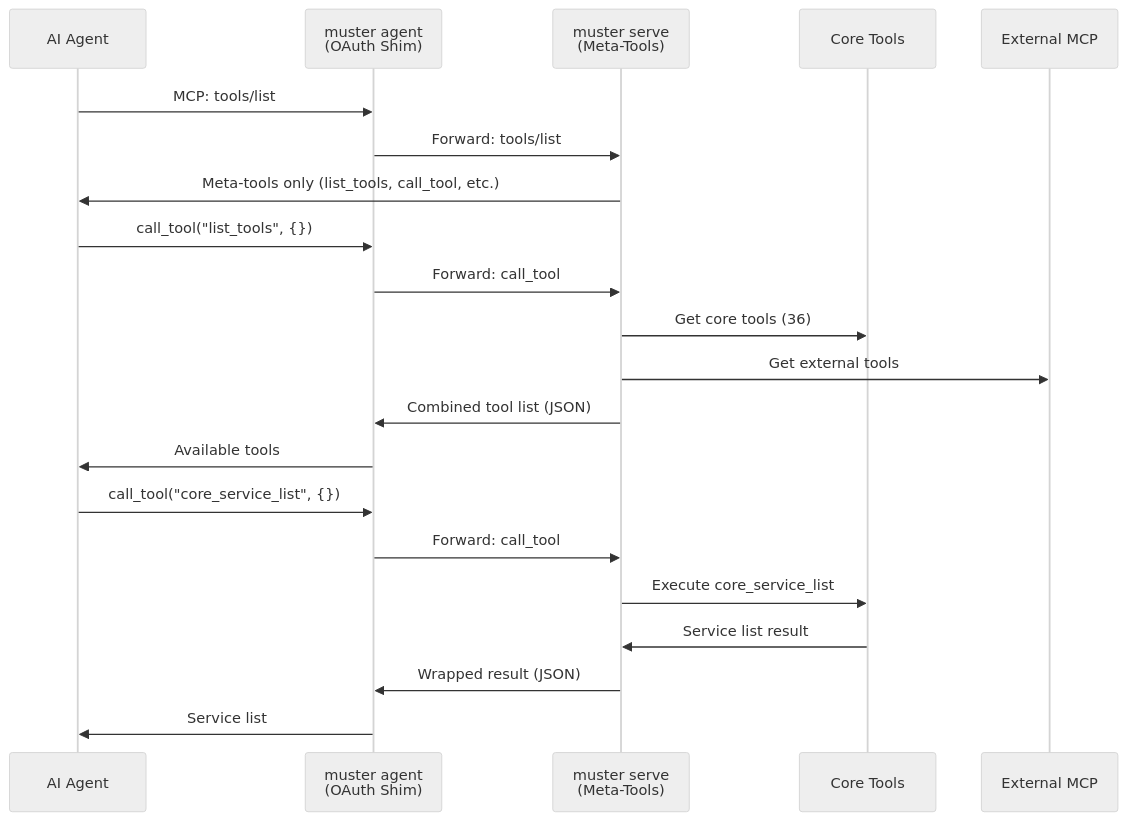
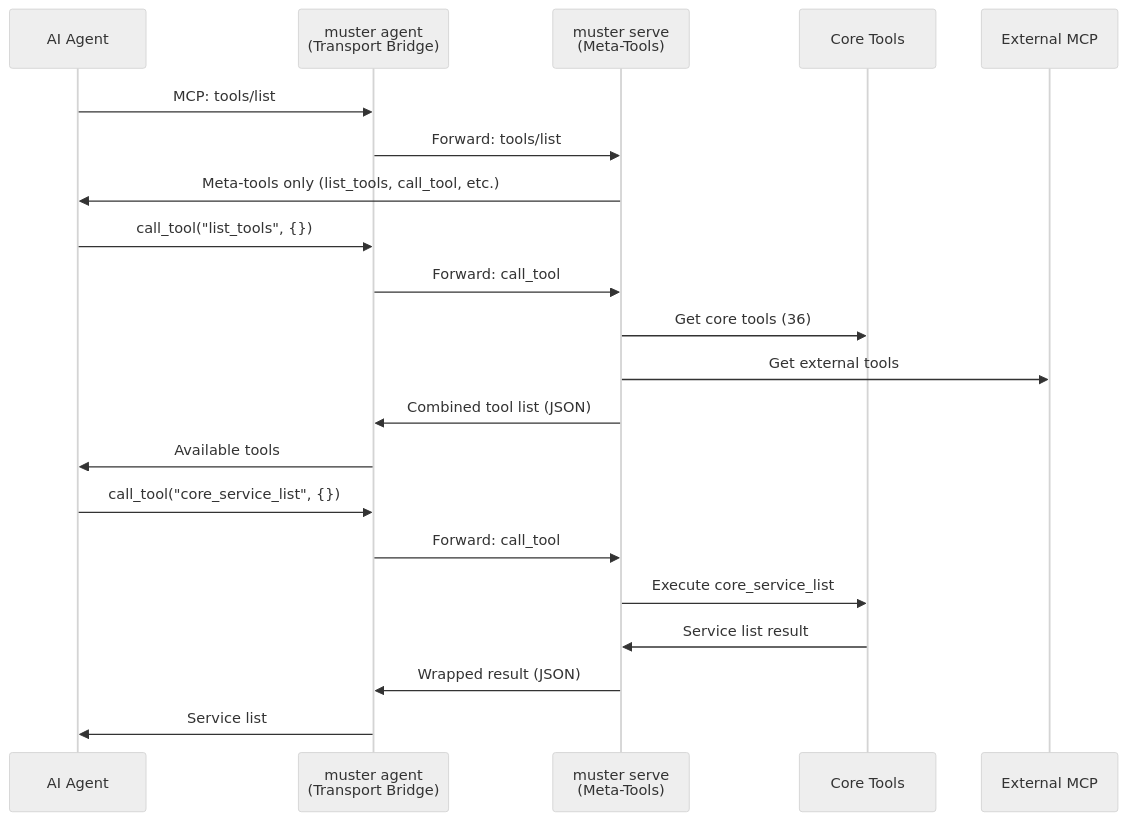
One commit to giantswarm/muster changed the second of 5 diagrams in docs/explanation/architecture.md. Above: the diagram before and after it, drawn with Mermaid (neutral theme). The commit also changed other lines of this file and 4 other files, not shown here.

````diff
--- a/docs/explanation/architecture.md
+++ b/docs/explanation/architecture.md
@@ -114,26 +114,26 @@
 ```mermaid
 sequenceDiagram
     participant AI as AI Agent
-    participant Agent as muster agent<br/>(OAuth Shim)
+    participant Agent as muster agent<br/>(Transport Bridge)
     participant Server as muster serve<br/>(Meta-Tools)
     participant Core as Core Tools
     participant Ext as External MCP
 
     AI->>Agent: MCP: tools/list
     Agent->>Server: Forward: tools/list
     Server->>AI: Meta-tools only (list_tools, call_tool, etc.)
 
     AI->>Agent: call_tool("list_tools", {})
     Agent->>Server: Forward: call_tool
     Server->>Core: Get core tools (36)
     Server->>Ext: Get external tools
     Server->>Agent: Combined tool list (JSON)
     Agent->>AI: Available tools
 
     AI->>Agent: call_tool("core_service_list", {})
     Agent->>Server: Forward: call_tool
     Server->>Core: Execute core_service_list
     Core->>Server: Service list result
     Server->>Agent: Wrapped result (JSON)
     Agent->>AI: Service list
 ```
````
